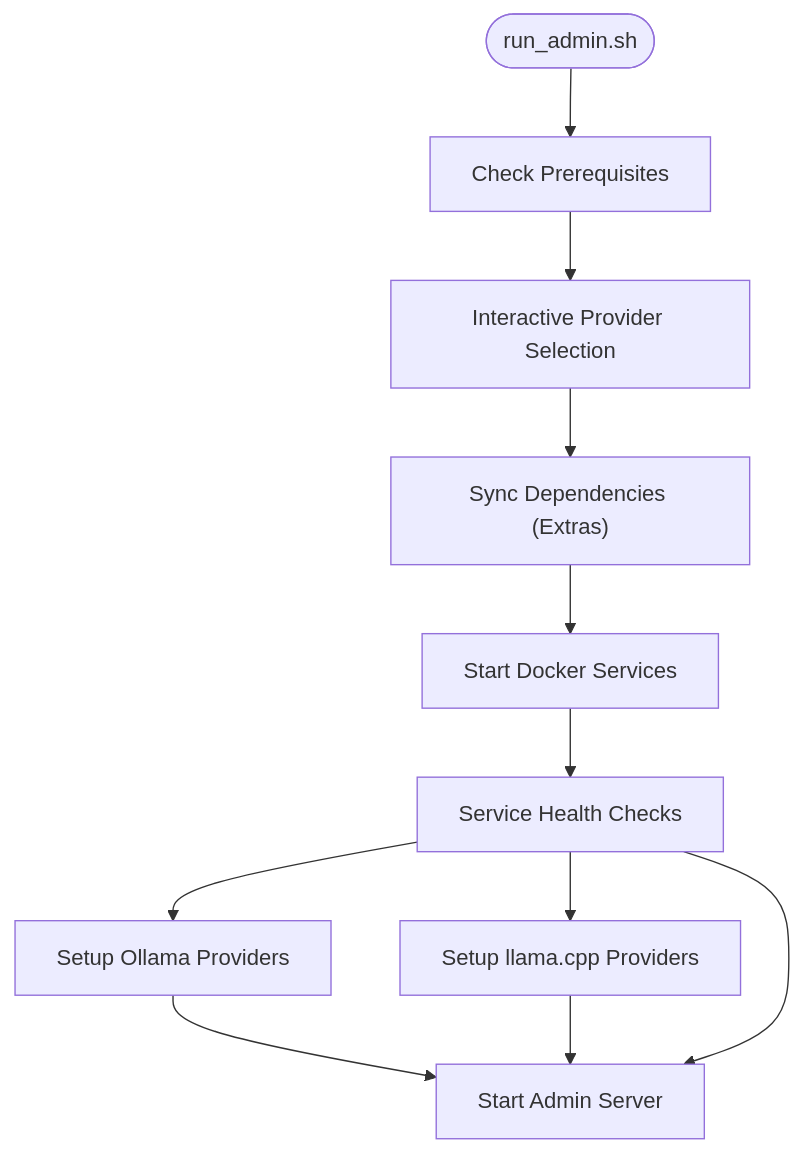
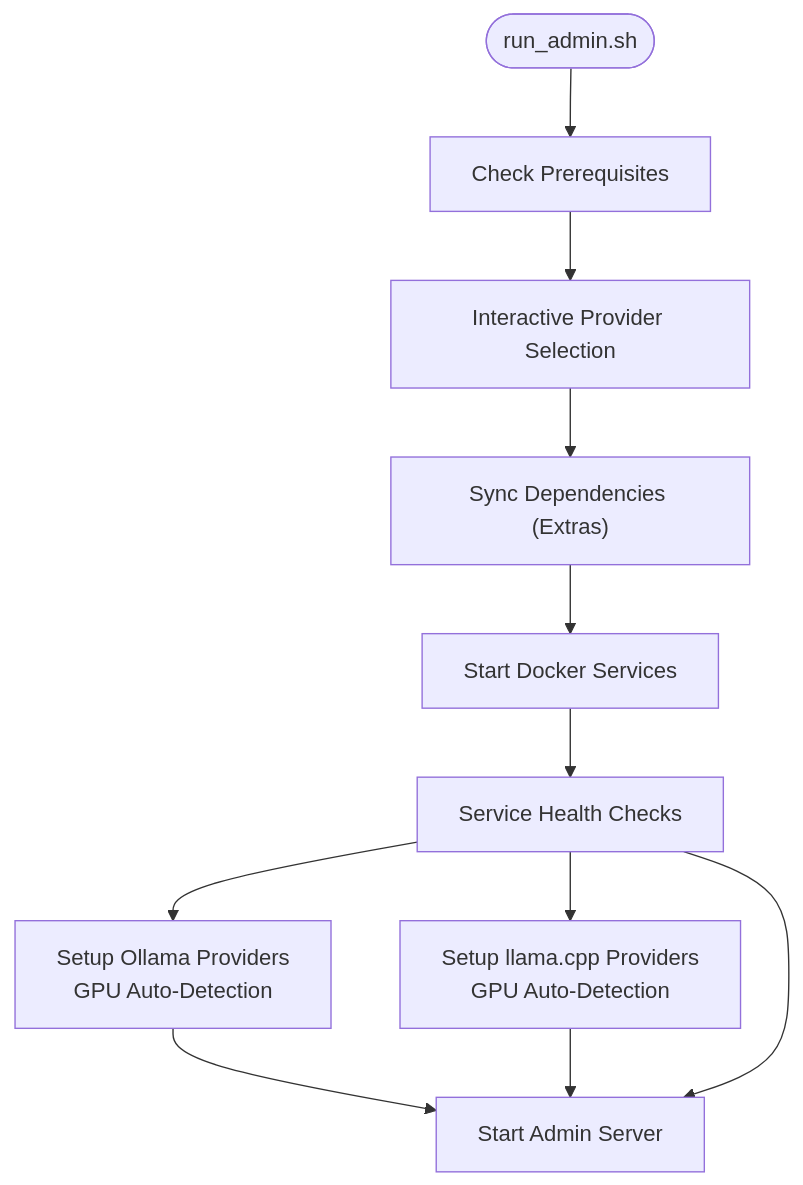
Diagram 18 of 22 in .qoder/repowiki/en/content/RAG Integration/RAG Integration.md (ognelis/cafetera_hr_bot), drawn with Mermaid before and after one commit. The commit also changed other lines of this file and 16 other files, not shown here.

````diff
--- a/.qoder/repowiki/en/content/RAG Integration/RAG Integration.md
+++ b/.qoder/repowiki/en/content/RAG Integration/RAG Integration.md
@@ -996,13 +1014,13 @@
 ```mermaid
 flowchart TD
 Start(["run_admin.sh"]) --> PrereqCheck["Check Prerequisites"]
 PrereqCheck --> ProviderSelect["Interactive Provider Selection"]
 ProviderSelect --> DependencySync["Sync Dependencies (Extras)"]
 DependencySync --> DockerCompose["Start Docker Services"]
 DockerCompose --> HealthChecks["Service Health Checks"]
-HealthChecks --> OllamaSetup["Setup Ollama Providers"]
-HealthChecks --> LlamaCPPSetup["Setup llama.cpp Providers"]
+HealthChecks --> OllamaSetup["Setup Ollama Providers<br/>GPU Auto-Detection"]
+HealthChecks --> LlamaCPPSetup["Setup llama.cpp Providers<br/>GPU Auto-Detection"]
 OllamaSetup --> AdminServer["Start Admin Server"]
 LlamaCPPSetup --> AdminServer
 HealthChecks --> AdminServer
 ```
````
